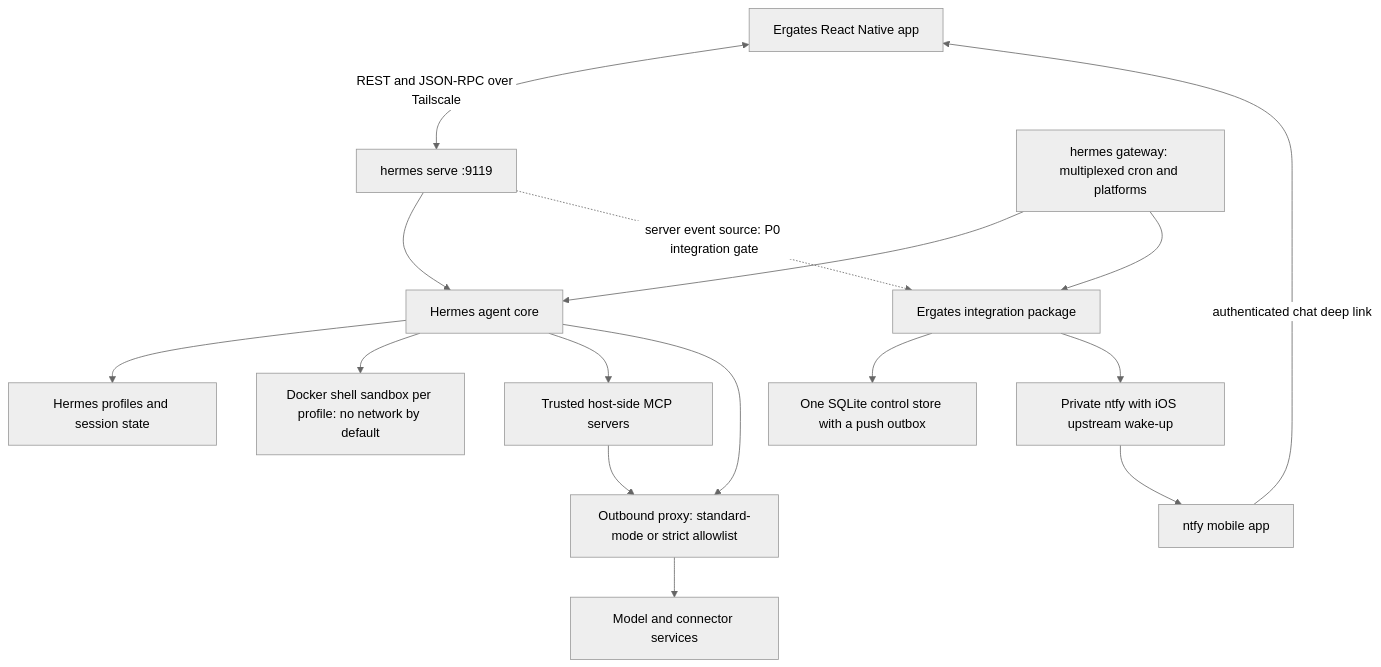
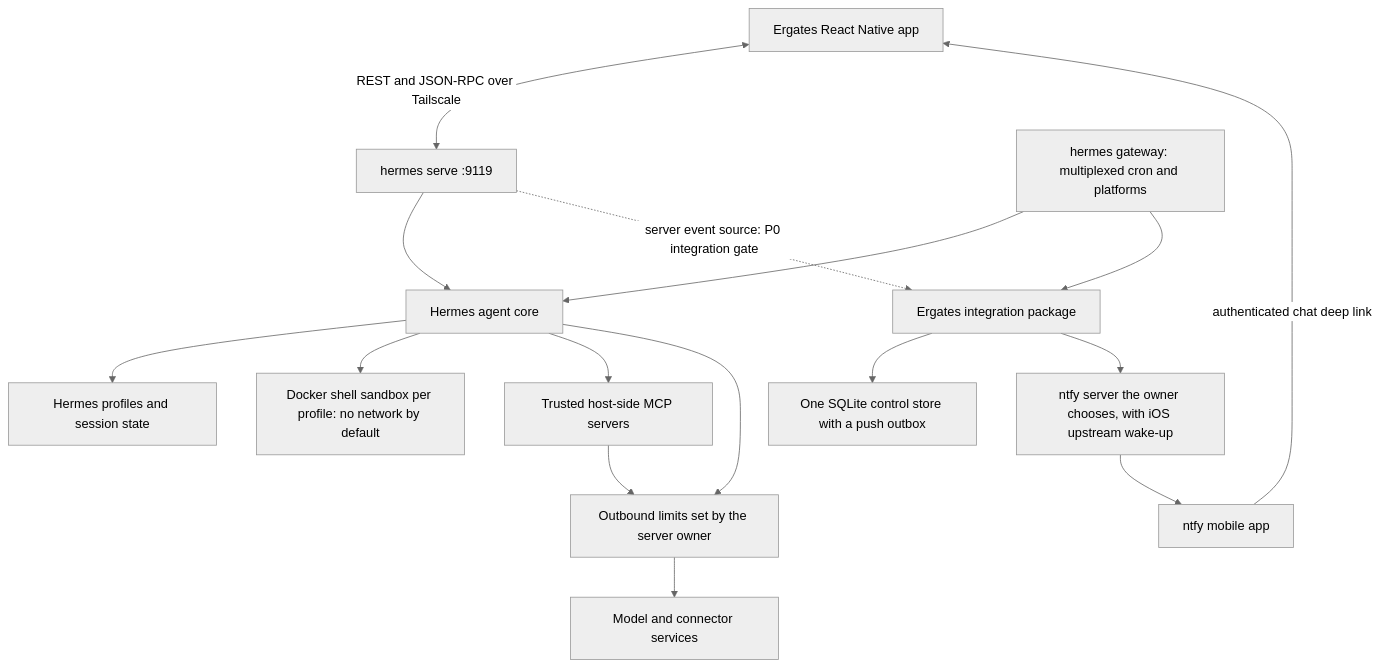
The first of 2 diagrams in docs/03-technical-design.md (middelkampdev/hermes-ergates), drawn with Mermaid (neutral theme) before and after one commit. The commit also changed other lines of this file and 57 other files, not shown here.

````diff
--- a/docs/03-technical-design.md
+++ b/docs/03-technical-design.md
@@ -13,18 +13,18 @@
 ```mermaid
 flowchart TB
   APP[Ergates React Native app] <-->|REST and JSON-RPC over Tailscale| SERVE[hermes serve :9119]
   SERVE --> CORE[Hermes agent core]
   GW[hermes gateway: multiplexed cron and platforms] --> CORE
   CORE --> STATE[Hermes profiles and session state]
   CORE --> SBX[Docker shell sandbox per profile: no network by default]
   CORE --> MCP[Trusted host-side MCP servers]
-  CORE --> EDGE[Outbound proxy: standard-mode or strict allowlist]
+  CORE --> EDGE[Outbound limits set by the server owner]
   MCP --> EDGE
   EDGE --> PROVIDERS[Model and connector services]
   SERVE -.->|server event source: P0 integration gate| INT[Ergates integration package]
   GW --> INT
   INT --> RECEIPTS[One SQLite control store with a push outbox]
-  INT --> NTFY[Private ntfy with iOS upstream wake-up]
+  INT --> NTFY[ntfy server the owner chooses, with iOS upstream wake-up]
   NTFY --> PHONE[ntfy mobile app]
   PHONE -->|authenticated chat deep link| APP
 ```
````
